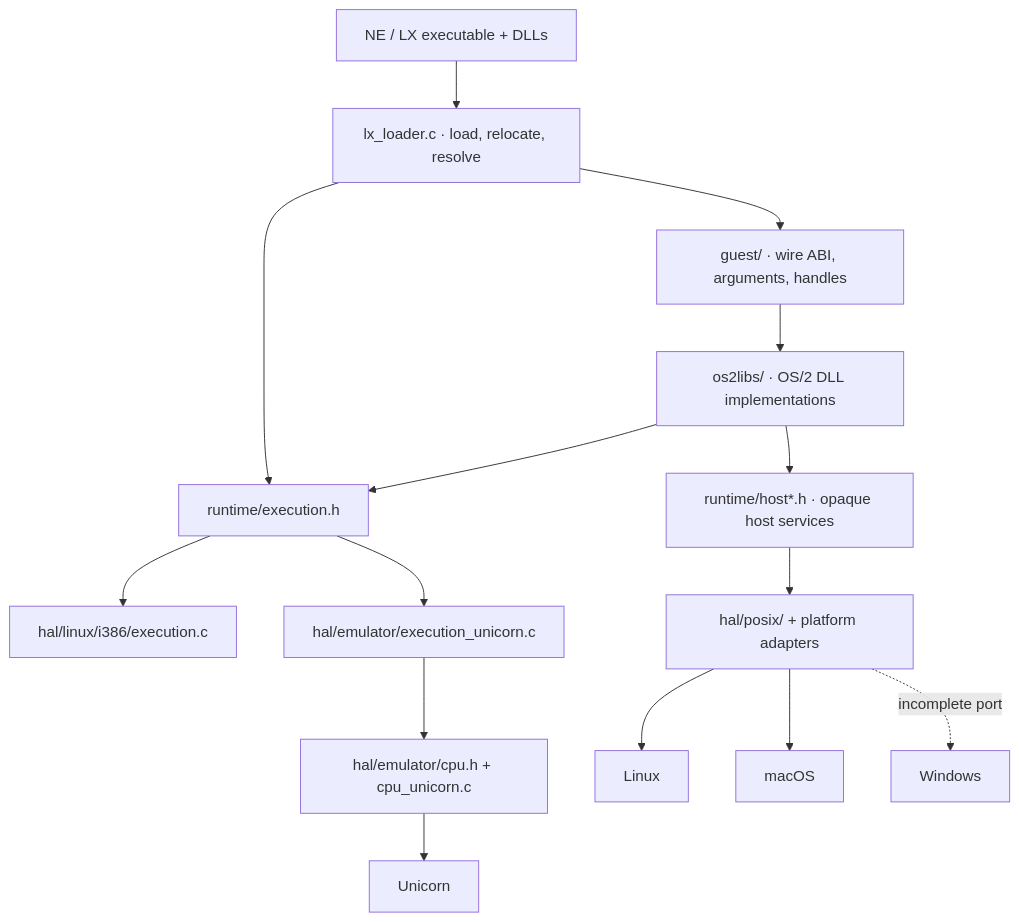
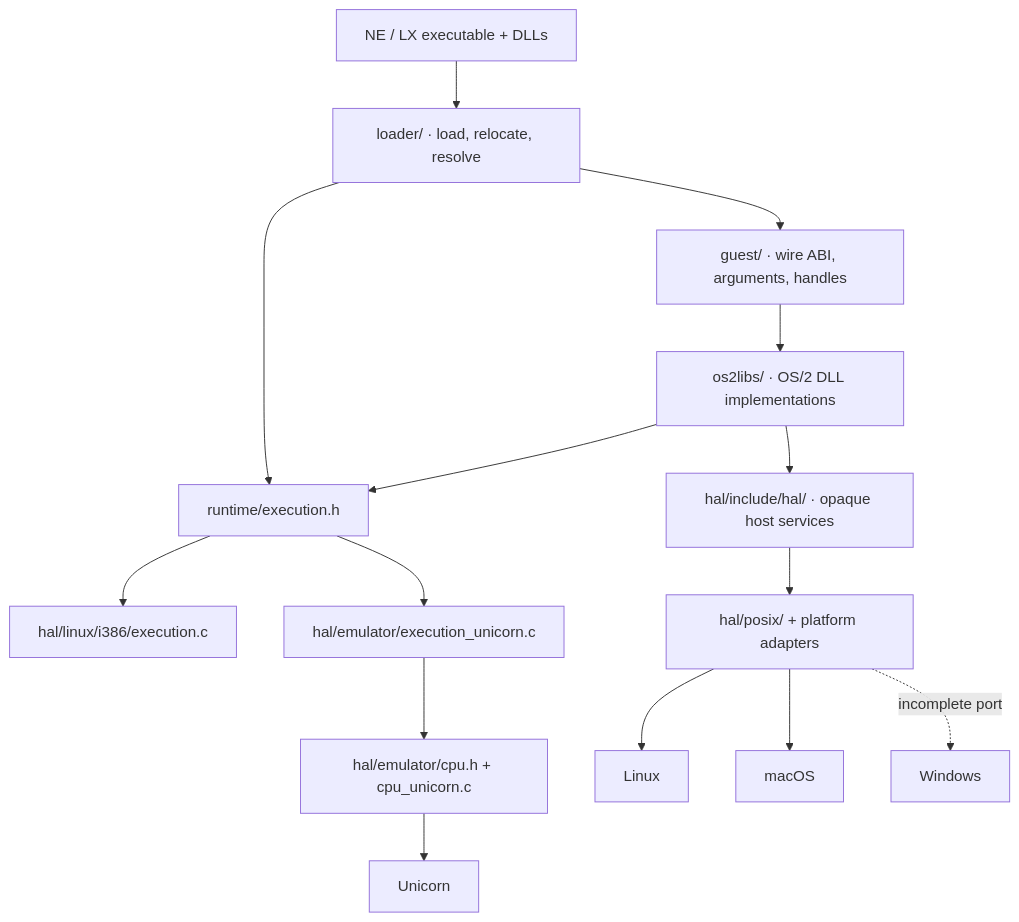
Before and after one commit to bitwisecook/2ine: the first of 9 diagrams in docs/architecture.md, drawn with Mermaid. The commit also changed other lines of this file and 199 other files, not shown here.

First line of the commit message:
Organize components and host services; migrate multimedia to SDL3

````diff
--- a/docs/architecture.md
+++ b/docs/architecture.md
@@ -9,16 +9,16 @@
 ```mermaid
 flowchart TD
-    Image["NE / LX executable + DLLs"] --> Loader["lx_loader.c · load, relocate, resolve"]
+    Image["NE / LX executable + DLLs"] --> Loader["loader/ · load, relocate, resolve"]
     Loader --> Guest["guest/ · wire ABI, arguments, handles"]
     Guest --> APIs["os2libs/ · OS/2 DLL implementations"]
     Loader --> Execution["runtime/execution.h"]
     APIs --> Execution
     Execution --> Native["hal/linux/i386/execution.c"]
     Execution --> Emulator["hal/emulator/execution_unicorn.c"]
     Emulator --> CPU["hal/emulator/cpu.h + cpu_unicorn.c"] --> Unicorn["Unicorn"]
-    APIs --> Host["runtime/host*.h · opaque host services"]
+    APIs --> Host["hal/include/hal/ · opaque host services"]
     Host --> HAL["hal/posix/ + platform adapters"]
     HAL --> Linux["Linux"]
     HAL --> Mac["macOS"]
     HAL -. incomplete port .-> Windows["Windows"]
 ```
````
